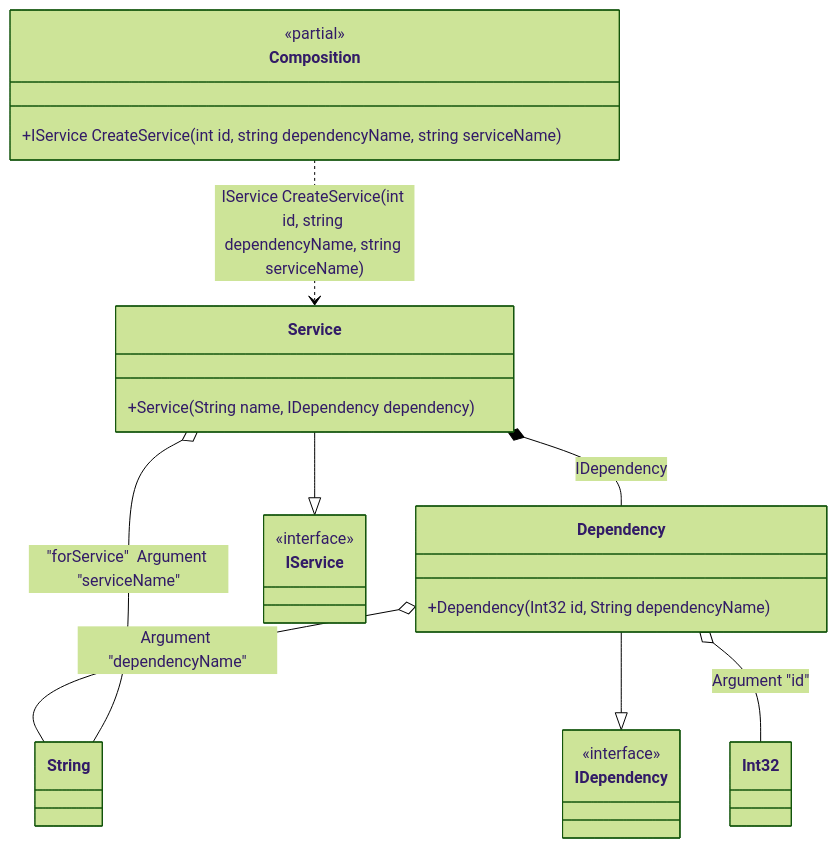
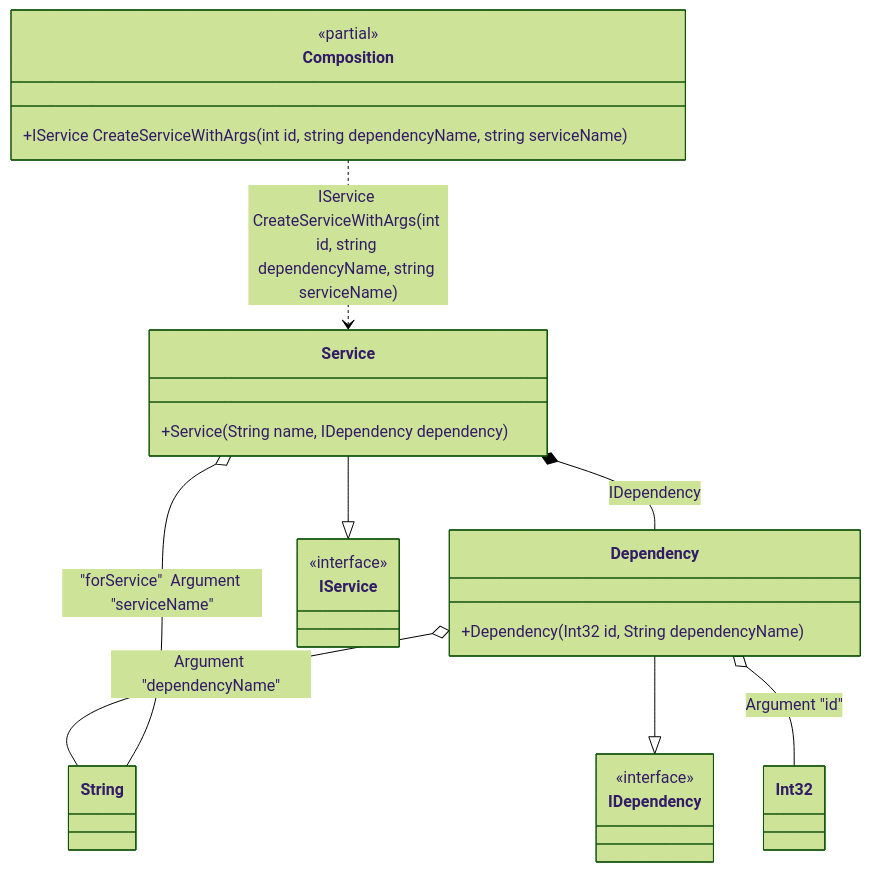
The diagram in readme/root-arguments.md (DevTeam/Pure.DI), drawn with Mermaid (forest theme) before and after one commit. The commit also changed other lines of this file and 22 other files, not shown here.

````diff
--- a/readme/root-arguments.md
+++ b/readme/root-arguments.md
@@ -96,28 +96,28 @@
 ```mermaid
 classDiagram
 	class Composition {
 		<<partial>>
-		+IService CreateService(int id, string dependencyName, string serviceName)
+		+IService CreateServiceWithArgs(int id, string dependencyName, string serviceName)
 	}
 	class Int32
 	class String
 	Dependency --|> IDependency
 	class Dependency {
 		+Dependency(Int32 id, String dependencyName)
 	}
 	Service --|> IService
 	class Service {
 		+Service(String name, IDependency dependency)
 	}
 	class IDependency {
 		<<interface>>
 	}
 	class IService {
 		<<interface>>
 	}
 	Dependency o-- Int32 : Argument "id"
 	Dependency o-- String : Argument "dependencyName"
 	Service o-- String : "forService"  Argument "serviceName"
 	Service *--  Dependency : IDependency
-	Composition ..> Service : IService CreateService(int id, string dependencyName, string serviceName)
+	Composition ..> Service : IService CreateServiceWithArgs(int id, string dependencyName, string serviceName)
 ```
````
